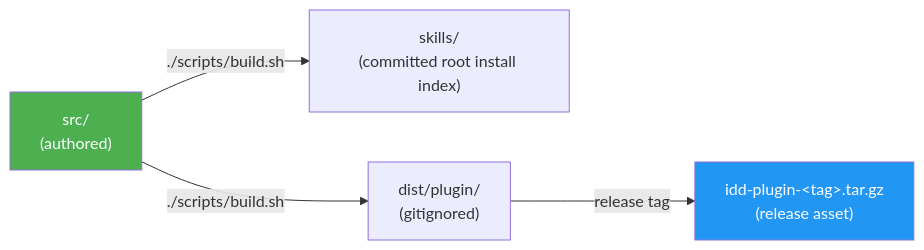
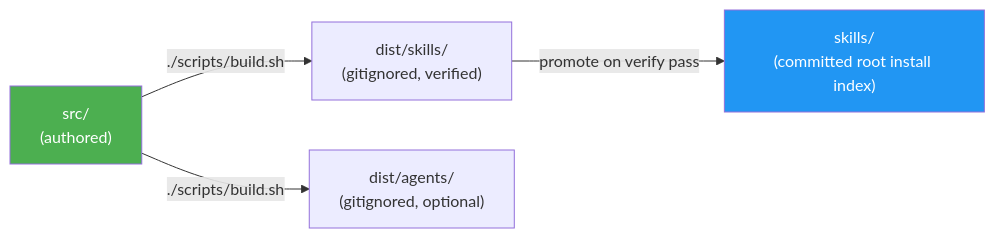
Before and after one commit to luongnv89/idd: the first of 3 diagrams in docs/DEVELOPMENT.md, drawn with Mermaid. The commit also changed other lines of this file and 26 other files, not shown here.

First line of the commit message:
refactor(install): make asm the single install path, drop plugin layout

````diff
--- a/docs/DEVELOPMENT.md
+++ b/docs/DEVELOPMENT.md
@@ -51,9 +39,9 @@
 ```mermaid
 graph LR
-    SRC["src/<br/>(authored)"] -->|"./scripts/build.sh"| RSK["skills/<br/>(committed root install index)"]
-    SRC -->|"./scripts/build.sh"| DPL["dist/plugin/<br/>(gitignored)"]
-    DPL -->|"release tag"| TAR["idd-plugin-&lt;tag&gt;.tar.gz<br/>(release asset)"]
+    SRC["src/<br/>(authored)"] -->|"./scripts/build.sh"| DSK["dist/skills/<br/>(gitignored, verified)"]
+    DSK -->|"promote on verify pass"| RSK["skills/<br/>(committed root install index)"]
+    SRC -->|"./scripts/build.sh"| DAG["dist/agents/<br/>(gitignored, optional)"]
 
     style SRC fill:#4CAF50,color:#fff
-    style TAR fill:#2196F3,color:#fff
+    style RSK fill:#2196F3,color:#fff
 ```
````
